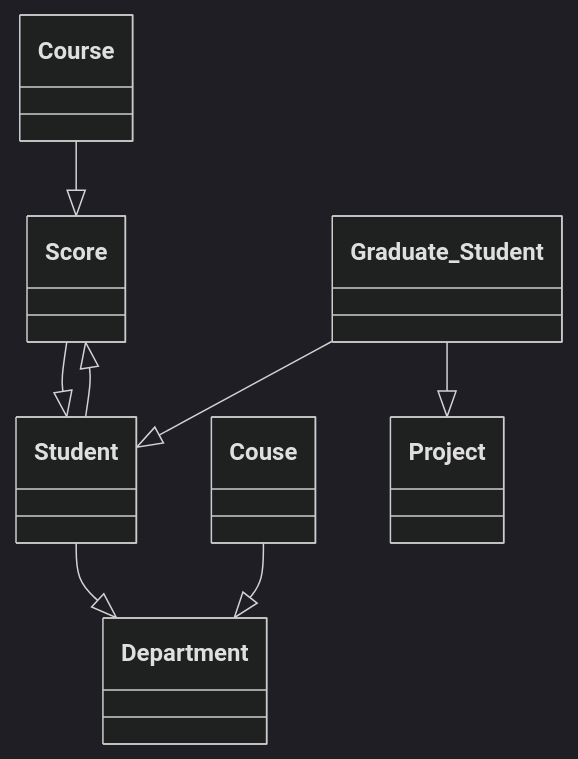
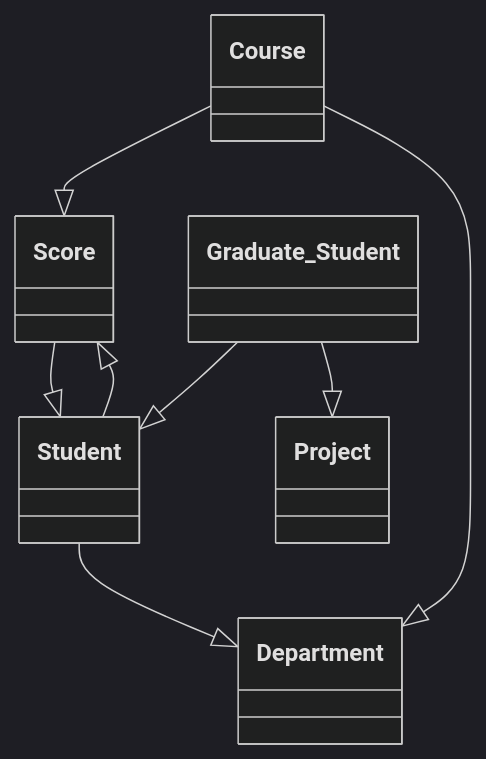
The diagram in README.md (Aaron-212/dzy3), drawn with Mermaid (dark theme) before and after one commit.

Commit message:
fix course typo

````diff
--- a/README.md
+++ b/README.md
@@ -16,13 +16,13 @@
 ```mermaid
 classDiagram
-Score --|> Student
-Student --|> Score
-Course --|> Score
+  Score --|> Student
+  Student --|> Score
+  Course --|> Score
 
-Student --|> Department
-Couse --|> Department
+  Student --|> Department
+  Course --|> Department
 
-Graduate_Student --|> Student
-Graduate_Student --|> Project
+  Graduate_Student --|> Student
+  Graduate_Student --|> Project
 
 ```
````
